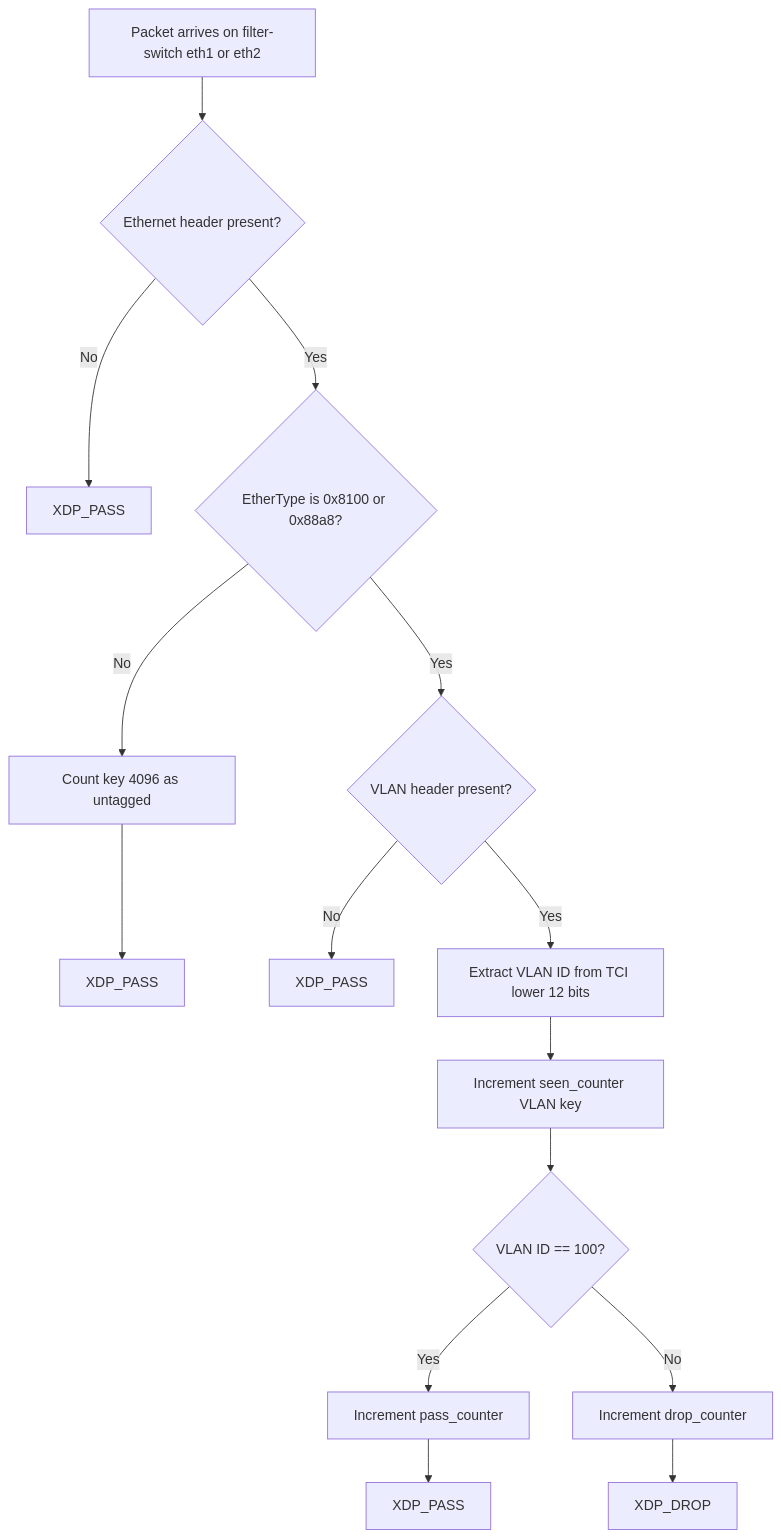
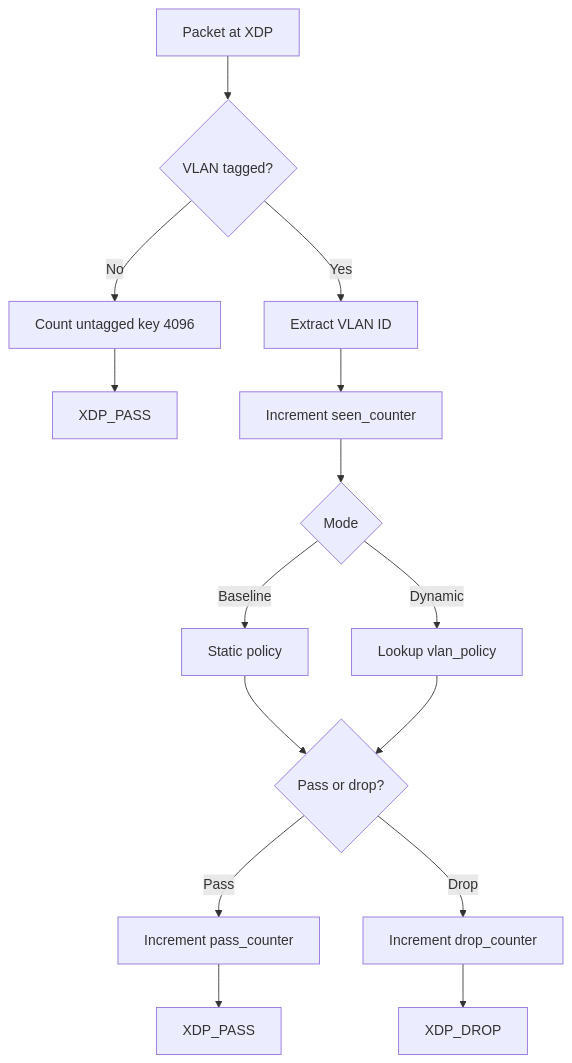
One commit to atoummomen/xdp-vlan-policy-filter changed the diagram in README.md. Above: the diagram before and after it, drawn with Mermaid. The commit also changed other lines of this file, not shown here.

Commit message:
docs: document baseline and dynamic VLAN policy modes

````diff
--- a/README.md
+++ b/README.md
@@ -410,17 +157,17 @@
 ```mermaid
 flowchart TD
-    A[Packet arrives on filter-switch eth1 or eth2] --> B{Ethernet header present?}
-    B -- No --> C[XDP_PASS]
-    B -- Yes --> D{EtherType is 0x8100 or 0x88a8?}
-    D -- No --> E[Count key 4096 as untagged]
-    E --> F[XDP_PASS]
-    D -- Yes --> G{VLAN header present?}
-    G -- No --> H[XDP_PASS]
-    G -- Yes --> I[Extract VLAN ID from TCI lower 12 bits]
-    I --> J[Increment seen_counter VLAN key]
-    J --> K{VLAN ID == 100?}
-    K -- Yes --> L[Increment pass_counter]
-    L --> M[XDP_PASS]
-    K -- No --> N[Increment drop_counter]
-    N --> O[XDP_DROP]
+    A[Packet at XDP] --> B{VLAN tagged?}
+    B -- No --> C[Count untagged key 4096]
+    C --> D[XDP_PASS]
+    B -- Yes --> E[Extract VLAN ID]
+    E --> F[Increment seen_counter]
+    F --> G{Mode}
+    G -- Baseline --> H[Static policy]
+    G -- Dynamic --> I[Lookup vlan_policy]
+    H --> J{Pass or drop?}
+    I --> J
+    J -- Pass --> K[Increment pass_counter]
+    J -- Drop --> L[Increment drop_counter]
+    K --> M[XDP_PASS]
+    L --> N[XDP_DROP]
 ```
````
